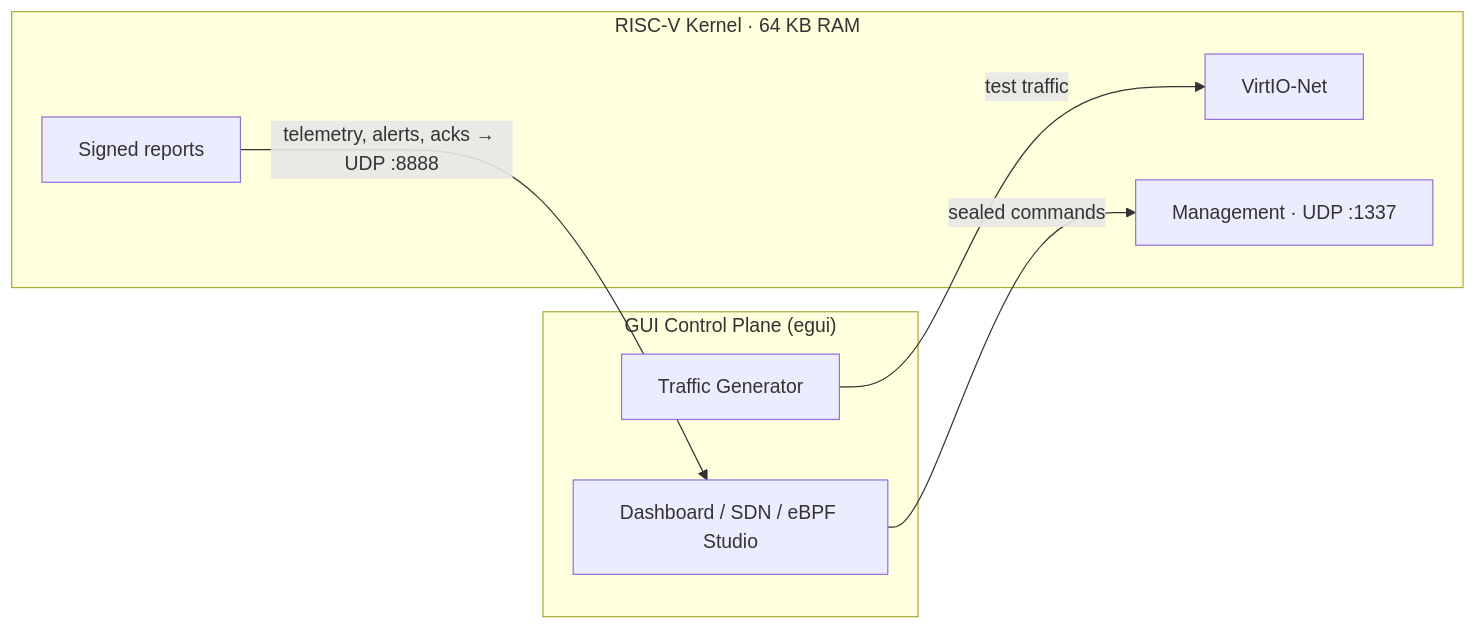
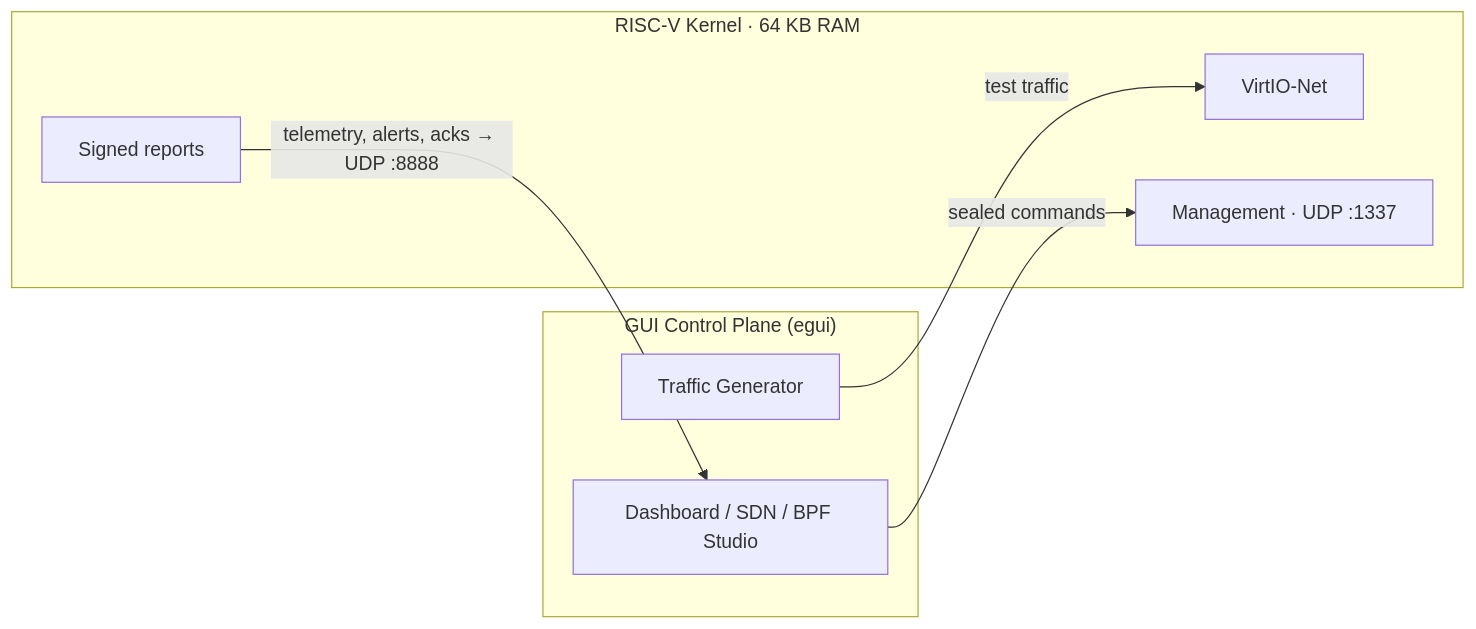
One commit to willmccallion/riscv-security-unikernel changed the first of 2 diagrams in README.md. Above: the diagram before and after it, drawn with Mermaid. The commit also changed other lines of this file and 19 other files, not shown here.

````diff
--- a/README.md
+++ b/README.md
@@ -7,17 +7,17 @@
 ```mermaid
 graph LR
     subgraph GUI["GUI Control Plane (egui)"]
         TG[Traffic Generator]
-        CP[Dashboard / SDN / eBPF Studio]
+        CP[Dashboard / SDN / BPF Studio]
     end
 
     subgraph Kernel["RISC-V Kernel · 64 KB RAM"]
         RX[VirtIO-Net]
         MGT[Management · UDP :1337]
         REP[Signed reports]
     end
 
     REP -->|telemetry, alerts, acks → UDP :8888| CP
     CP -->|sealed commands| MGT
     TG -->|test traffic| RX
 ```
````
